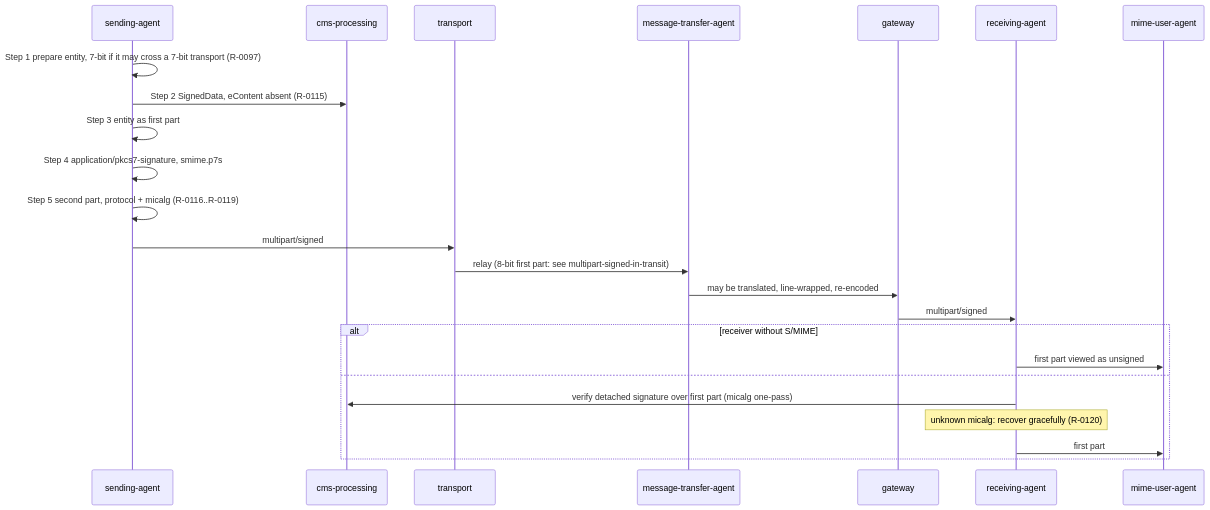
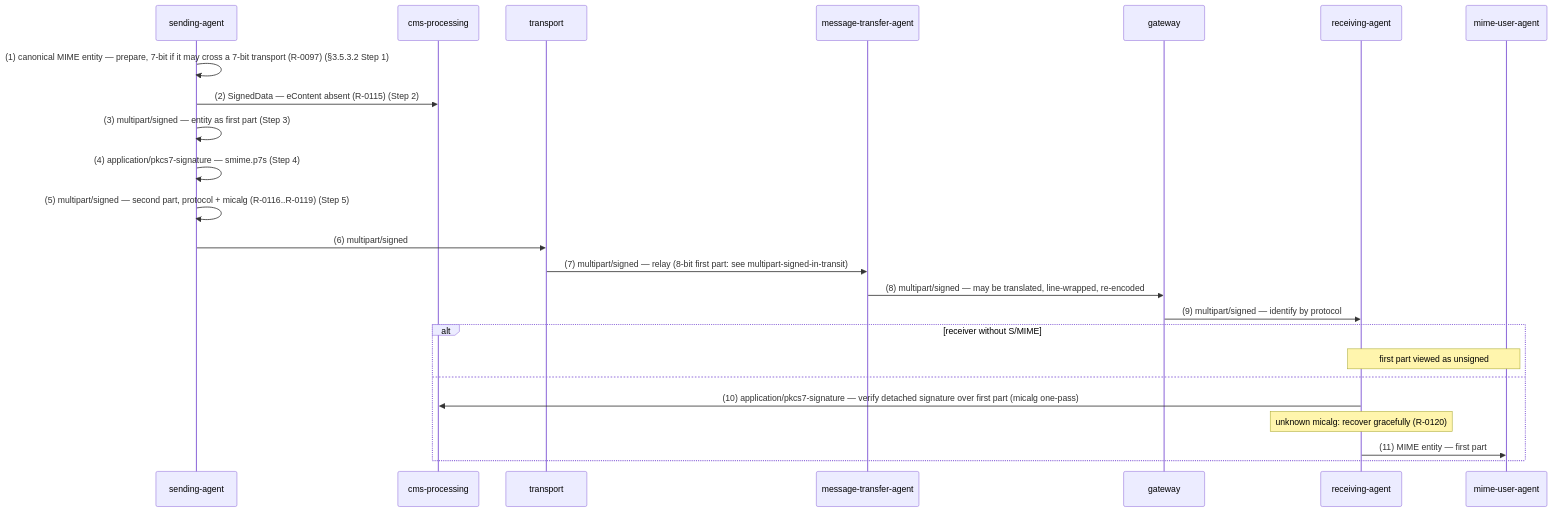
The ninth of 28 diagrams in records/ietf/rfc-8551/distilled/protocol.md (m-of-n/library), drawn with Mermaid before and after one commit. The commit also changed other lines of this file and 10 other files, not shown here.

First line of the commit message:
doc(rfc-8551): cross-check pass

````diff
--- a/records/ietf/rfc-8551/distilled/protocol.md
+++ b/records/ietf/rfc-8551/distilled/protocol.md
@@ -229,26 +232,26 @@
 ```mermaid
 sequenceDiagram
   participant SA as sending-agent
   participant CMS as cms-processing
   participant T as transport
   participant MTA as message-transfer-agent
   participant G as gateway
   participant RA as receiving-agent
   participant MUA as mime-user-agent
-  SA->>SA: Step 1 prepare entity, 7-bit if it may cross a 7-bit transport (R-0097)
-  SA->>CMS: Step 2 SignedData, eContent absent (R-0115)
-  SA->>SA: Step 3 entity as first part
-  SA->>SA: Step 4 application/pkcs7-signature, smime.p7s
-  SA->>SA: Step 5 second part, protocol + micalg (R-0116..R-0119)
-  SA->>T: multipart/signed
-  T->>MTA: relay (8-bit first part: see multipart-signed-in-transit)
-  MTA->>G: may be translated, line-wrapped, re-encoded
-  G->>RA: multipart/signed
+  SA->>SA: (1) canonical MIME entity — prepare, 7-bit if it may cross a 7-bit transport (R-0097) (§3.5.3.2 Step 1)
+  SA->>CMS: (2) SignedData — eContent absent (R-0115) (Step 2)
+  SA->>SA: (3) multipart/signed — entity as first part (Step 3)
+  SA->>SA: (4) application/pkcs7-signature — smime.p7s (Step 4)
+  SA->>SA: (5) multipart/signed — second part, protocol + micalg (R-0116..R-0119) (Step 5)
+  SA->>T: (6) multipart/signed
+  T->>MTA: (7) multipart/signed — relay (8-bit first part: see multipart-signed-in-transit)
+  MTA->>G: (8) multipart/signed — may be translated, line-wrapped, re-encoded
+  G->>RA: (9) multipart/signed — identify by protocol
   alt receiver without S/MIME
-    RA->>MUA: first part viewed as unsigned
+    Note over RA,MUA: first part viewed as unsigned
   else
-    RA->>CMS: verify detached signature over first part (micalg one-pass)
+    RA->>CMS: (10) application/pkcs7-signature — verify detached signature over first part (micalg one-pass)
     Note over RA: unknown micalg: recover gracefully (R-0120)
-    RA->>MUA: first part
+    RA->>MUA: (11) MIME entity — first part
   end
 ```
````
